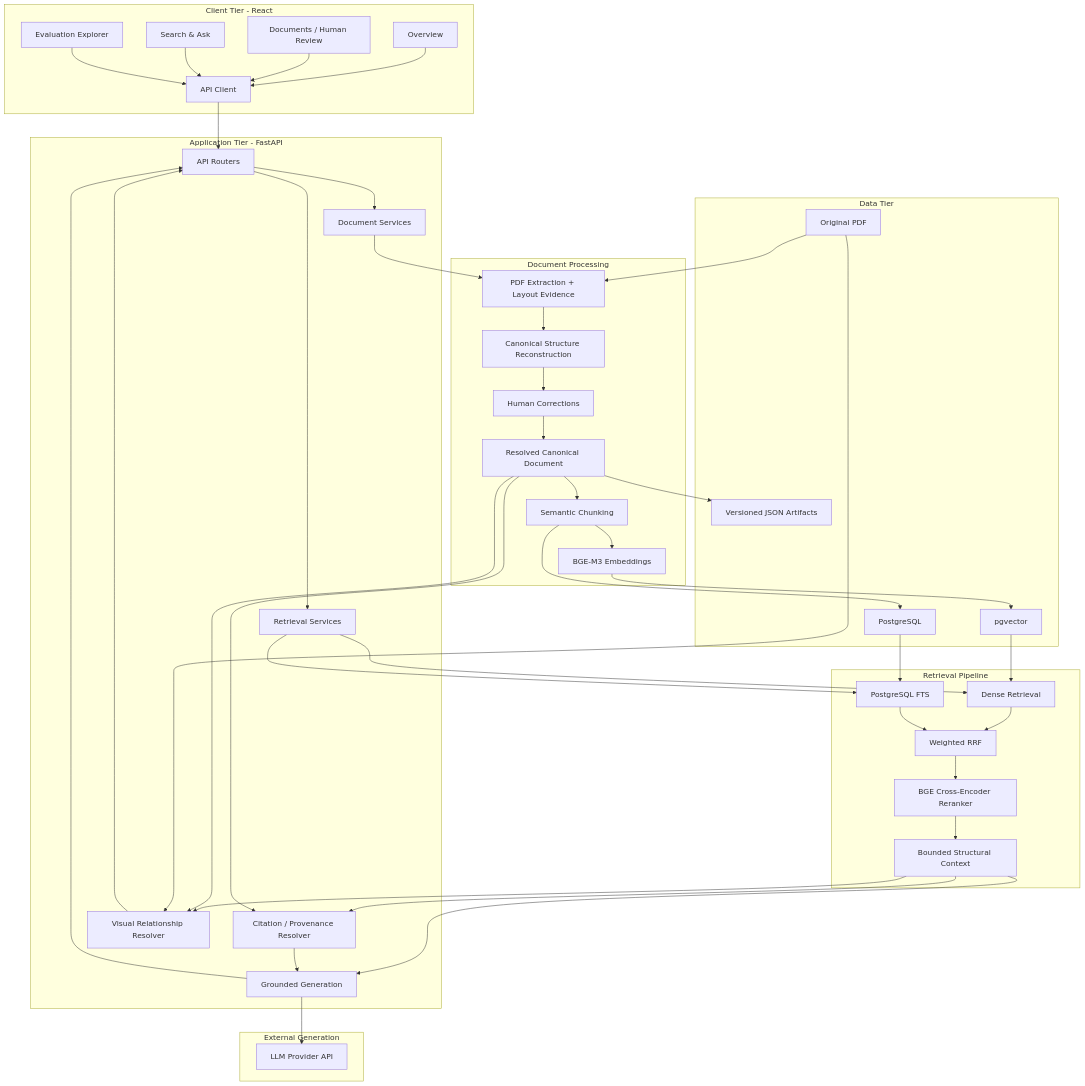
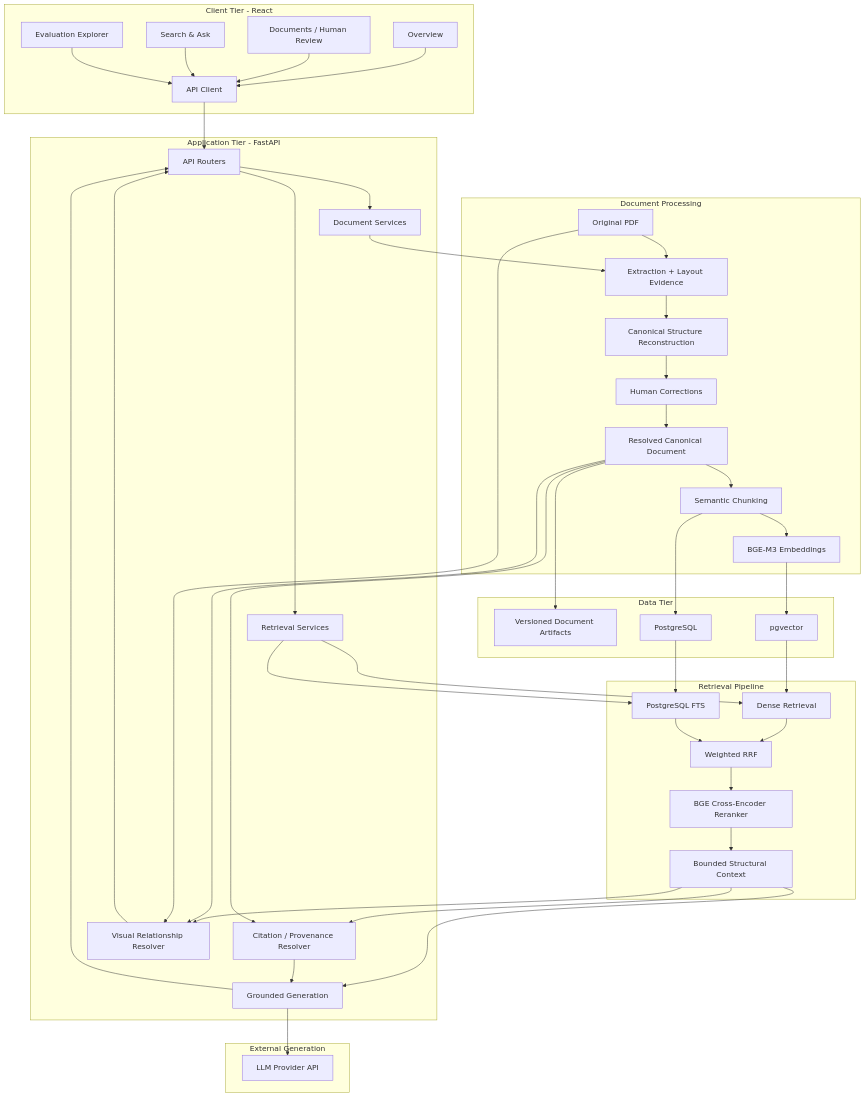
Before and after one commit to Fahmie23/ragProject: the first of 2 diagrams in README.md, drawn with Mermaid. The commit also changed other lines of this file and 5 other files, not shown here.

````diff
--- a/README.md
+++ b/README.md
@@ -66,6 +102,6 @@
 ```mermaid
 graph TD
-    subgraph ClientTier["Client Tier - React"]
+    subgraph Client["Client Tier - React"]
         Overview["Overview"]
         Documents["Documents / Human Review"]
         Search["Search & Ask"]
@@ -73,25 +109,26 @@
         APIClient["API Client"]
     end
 
-    subgraph ApplicationTier["Application Tier - FastAPI"]
+    subgraph Application["Application Tier - FastAPI"]
         API["API Routers"]
         DocServices["Document Services"]
         RetrievalServices["Retrieval Services"]
         Generation["Grounded Generation"]
-        Citations["Citation / Provenance Resolver"]
+        Provenance["Citation / Provenance Resolver"]
         VisualResolver["Visual Relationship Resolver"]
     end
 
-    subgraph ProcessingTier["Document Processing"]
-        Extract["PDF Extraction + Layout Evidence"]
+    subgraph Processing["Document Processing"]
+        PDF["Original PDF"]
+        Extract["Extraction + Layout Evidence"]
         Structure["Canonical Structure Reconstruction"]
         Review["Human Corrections"]
         Canonical["Resolved Canonical Document"]
         Chunking["Semantic Chunking"]
-        Embed["BGE-M3 Embeddings"]
+        Embeddings["BGE-M3 Embeddings"]
     end
 
-    subgraph RetrievalTier["Retrieval Pipeline"]
+    subgraph Retrieval["Retrieval Pipeline"]
         Dense["Dense Retrieval"]
         Lexical["PostgreSQL FTS"]
         Fusion["Weighted RRF"]
@@ -99,14 +136,13 @@
         Context["Bounded Structural Context"]
     end
 
-    subgraph DataTier["Data Tier"]
-        PDF["Original PDF"]
-        Artifacts["Versioned JSON Artifacts"]
+    subgraph Data["Data Tier"]
+        Artifacts["Versioned Document Artifacts"]
         PostgreSQL["PostgreSQL"]
         PGVector["pgvector"]
     end
 
-    subgraph ExternalTier["External Generation"]
+    subgraph External["External Generation"]
         LLM["LLM Provider API"]
     end
 
@@ -123,11 +159,11 @@
     Structure --> Review
     Review --> Canonical
     Canonical --> Chunking
-    Chunking --> Embed
+    Chunking --> Embeddings
 
     Canonical --> Artifacts
     Chunking --> PostgreSQL
-    Embed --> PGVector
+    Embeddings --> PGVector
 
     API --> RetrievalServices
     RetrievalServices --> Dense
@@ -141,13 +177,15 @@
 
     Context --> Generation
     Generation --> LLM
-    Context --> Citations
-    Canonical --> Citations
+
+    Context --> Provenance
+    Canonical --> Provenance
+
     Context --> VisualResolver
     Canonical --> VisualResolver
     PDF --> VisualResolver
 
-    Citations --> Generation
+    Provenance --> Generation
     Generation --> API
     VisualResolver --> API
 ```
````
